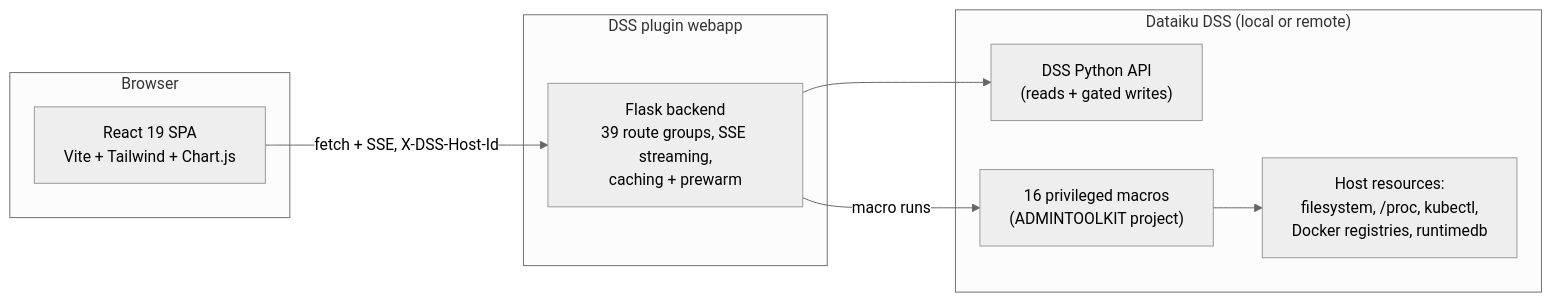
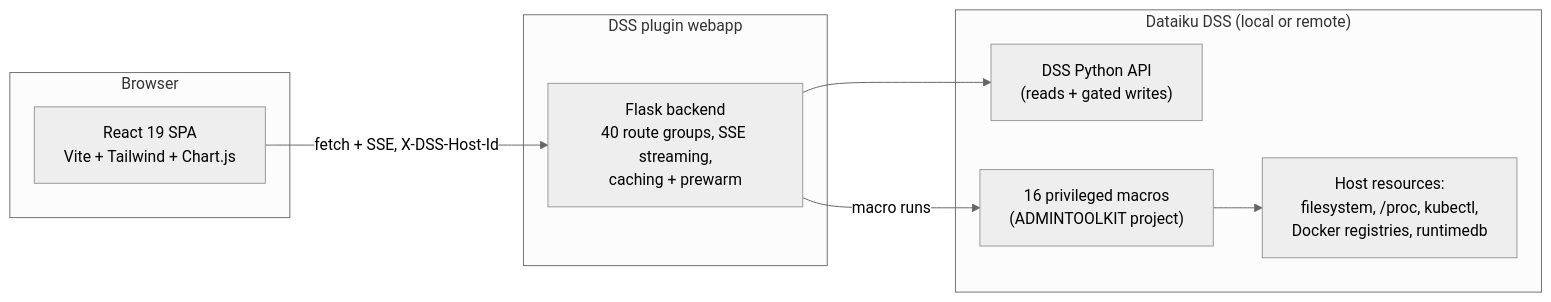
One commit to gozu/admin-toolkit changed the diagram in README.md. Above: the diagram before and after it, drawn with Mermaid (neutral theme). The commit also changed other lines of this file and 4 other files, not shown here.

````diff
--- a/README.md
+++ b/README.md
@@ -152,18 +155,18 @@
 ```mermaid
 flowchart LR
     subgraph Browser
         SPA["React 19 SPA<br/>Vite + Tailwind + Chart.js"]
     end
     subgraph Webapp["DSS plugin webapp"]
-        API["Flask backend<br/>39 route groups, SSE streaming,<br/>caching + prewarm"]
+        API["Flask backend<br/>40 route groups, SSE streaming,<br/>caching + prewarm"]
     end
     subgraph DSS["Dataiku DSS (local or remote)"]
         PYAPI["DSS Python API<br/>(reads + gated writes)"]
         MACROS["16 privileged macros<br/>(ADMINTOOLKIT project)"]
         HOST["Host resources:<br/>filesystem, /proc, kubectl,<br/>Docker registries, runtimedb"]
     end
     SPA -->|"fetch + SSE, X-DSS-Host-Id"| API
     API --> PYAPI
     API -->|macro runs| MACROS
     MACROS --> HOST
 ```
````
